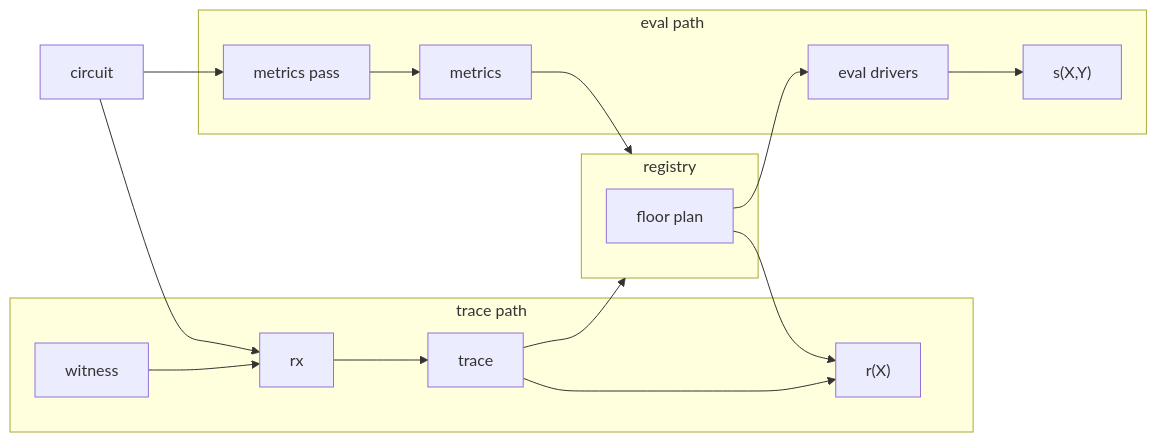
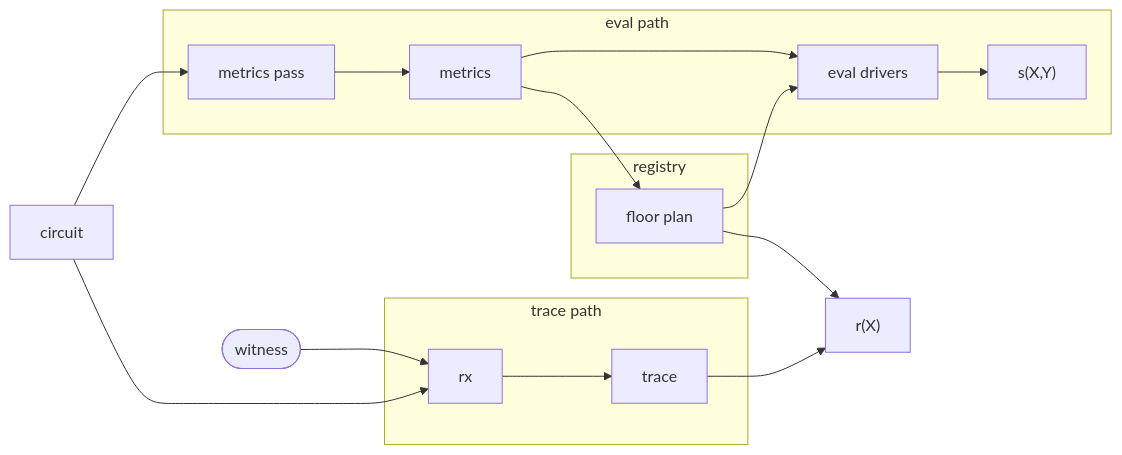
One commit to TalDerei/ragu changed the diagram in book/src/implementation/routines.md. Above: the diagram before and after it, drawn with Mermaid.

Commit message:
book: improve diagram

````diff
--- a/book/src/implementation/routines.md
+++ b/book/src/implementation/routines.md
@@ -61,20 +61,22 @@
 ```mermaid
 graph LR
     C[circuit]
-    subgraph tp[trace path]
-        W[witness] --> rx --> trace --> TP["r(X)"]
+    W([witness])
+    subgraph ep[eval path]
+        MP[metrics pass] --> metrics
+        metrics --> ED[eval drivers] --> SP["s(X,Y)"]
     end
     subgraph R[registry]
         FP[floor plan]
     end
-    subgraph ep[eval path]
-        MP[metrics pass] --> metrics
-        ED[eval drivers] --> SP["s(X,Y)"]
+    subgraph tp[trace path]
+        rx --> trace
     end
+    C --> MP
     C --> rx
-    C --> MP
-    trace --> R
-    metrics --> R
+    W --> rx
+    metrics --> FP
     FP --> ED
+    trace --> TP["r(X)"]
     FP --> TP
 ```
````
